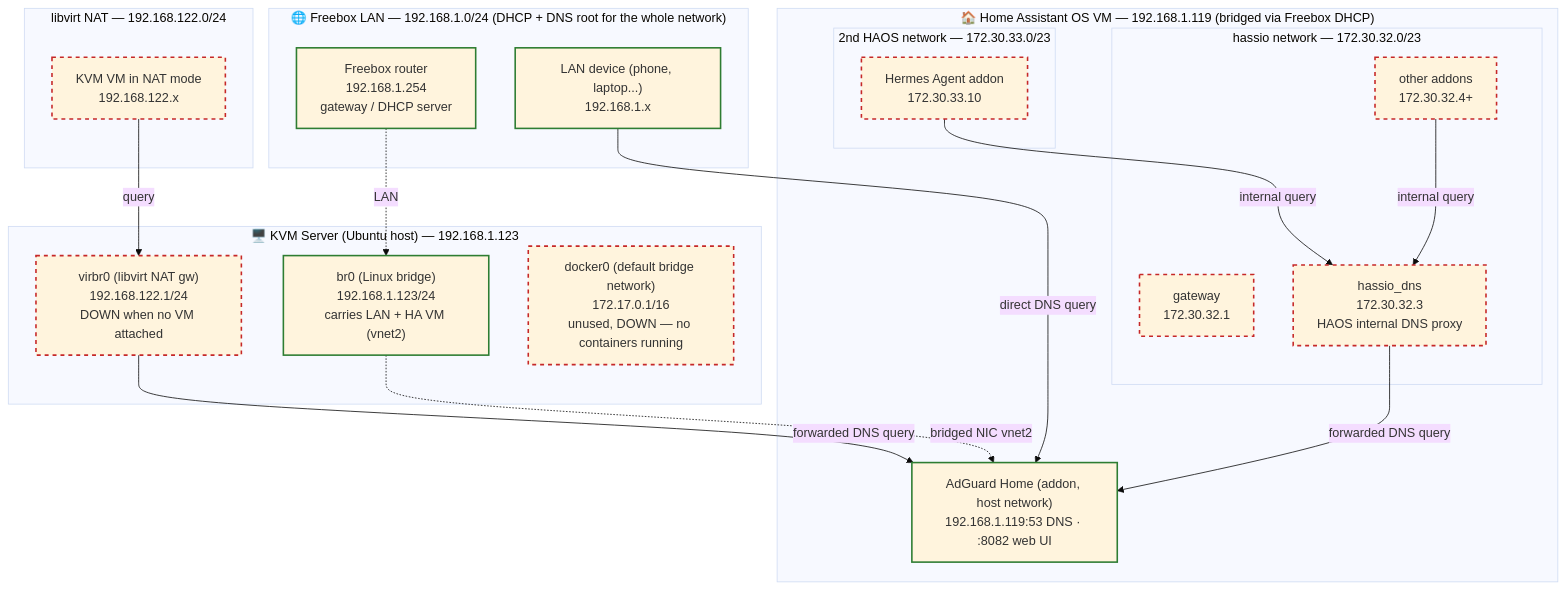
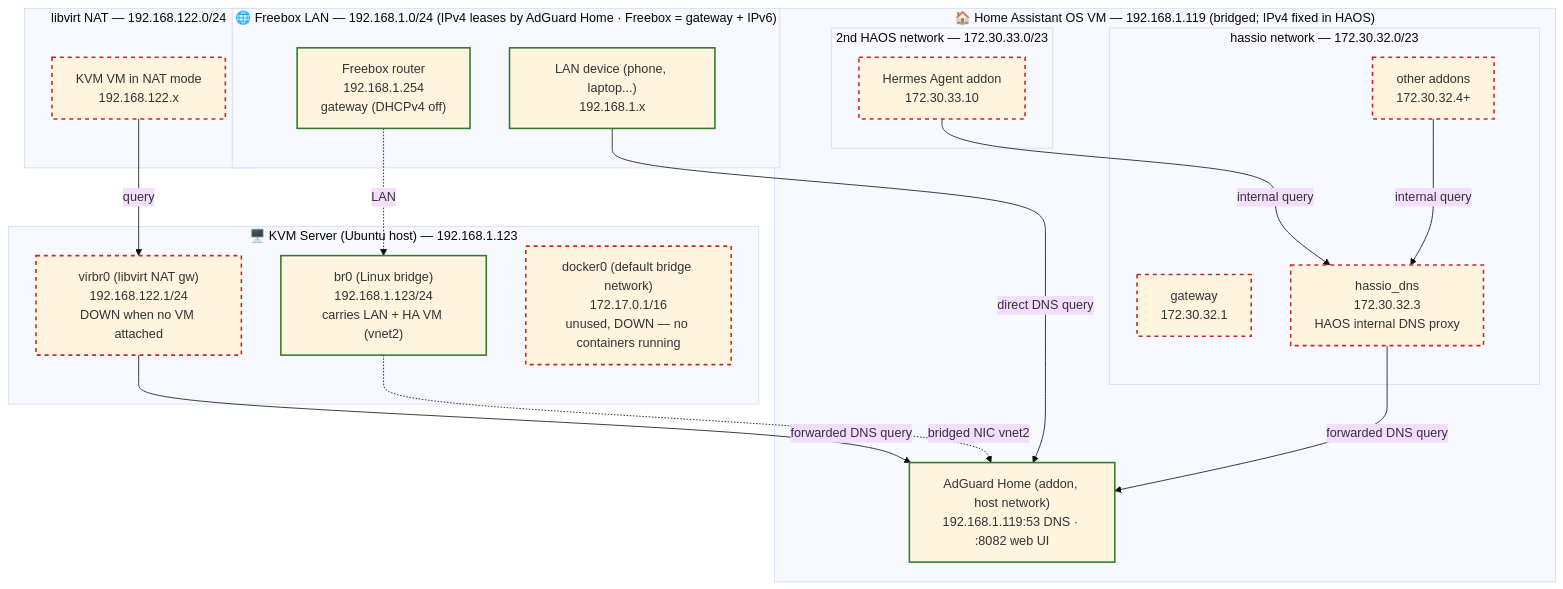
The diagram in docs/home-server/readme.md (AmineDjeghri/personal-os-setup), drawn with Mermaid (base theme) before and after one commit. The commit also changed other lines of this file, not shown here.

Commit message:
docs(home-server): Matter Hub voice routines + LAN naming/DHCP ownership (#133)

````diff
--- a/docs/home-server/readme.md
+++ b/docs/home-server/readme.md
@@ -801,49 +819,49 @@
 ```mermaid
 graph TB
-    subgraph FreeboxLAN["🌐 Freebox LAN — 192.168.1.0/24 (DHCP + DNS root for the whole network)"]
-        Freebox["Freebox router<br/>192.168.1.254<br/>gateway / DHCP server"]
+    subgraph FreeboxLAN["🌐 Freebox LAN — 192.168.1.0/24 (IPv4 leases by AdGuard Home · Freebox = gateway + IPv6)"]
+        Freebox["Freebox router<br/>192.168.1.254<br/>gateway (DHCPv4 off)"]
         LANDevice["LAN device (phone, laptop...)<br/>192.168.1.x"]
     end
 
     subgraph KVMServer["🖥️ KVM Server (Ubuntu host) — 192.168.1.123"]
         br0["br0 (Linux bridge)<br/>192.168.1.123/24<br/>carries LAN + HA VM (vnet2)"]
         virbr0["virbr0 (libvirt NAT gw)<br/>192.168.122.1/24<br/>DOWN when no VM attached"]
         docker0["docker0 (default bridge network)<br/>172.17.0.1/16<br/>unused, DOWN — no containers running"]
     end
 
     subgraph NATVMs["libvirt NAT — 192.168.122.0/24"]
         natVM["KVM VM in NAT mode<br/>192.168.122.x"]
     end
 
-    subgraph HAVM["🏠 Home Assistant OS VM — 192.168.1.119 (bridged via Freebox DHCP)"]
+    subgraph HAVM["🏠 Home Assistant OS VM — 192.168.1.119 (bridged; IPv4 fixed in HAOS)"]
         AdGuard["AdGuard Home (addon, host network)<br/>192.168.1.119:53 DNS · :8082 web UI"]
 
         subgraph Hassio1["hassio network — 172.30.32.0/23"]
             hassioGw["gateway<br/>172.30.32.1"]
             hassioDns["hassio_dns<br/>172.30.32.3<br/>HAOS internal DNS proxy"]
             haAddons["other addons<br/>172.30.32.4+"]
         end
 
         subgraph Hassio2["2nd HAOS network — 172.30.33.0/23"]
             hermes["Hermes Agent addon<br/>172.30.33.10"]
         end
     end
 
     %% DNS flows
     LANDevice -->|"direct DNS query"| AdGuard
     haAddons -->|"internal query"| hassioDns
     hermes -->|"internal query"| hassioDns
     hassioDns -->|"forwarded DNS query"| AdGuard
     natVM -->|"query"| virbr0
     virbr0 -->|"forwarded DNS query"| AdGuard
 
     %% topology / carrier links (not DNS)
     Freebox -.->|LAN| br0
     br0 -.->|bridged NIC vnet2| AdGuard
 
     classDef visible stroke:#2e7d32,stroke-width:2px;
     classDef invisible stroke:#c62828,stroke-width:2px,stroke-dasharray: 5 5;
 
     class Freebox,LANDevice,br0,AdGuard visible;
     class virbr0,docker0,natVM,hassioGw,hassioDns,haAddons,hermes invisible;
 ```
````
